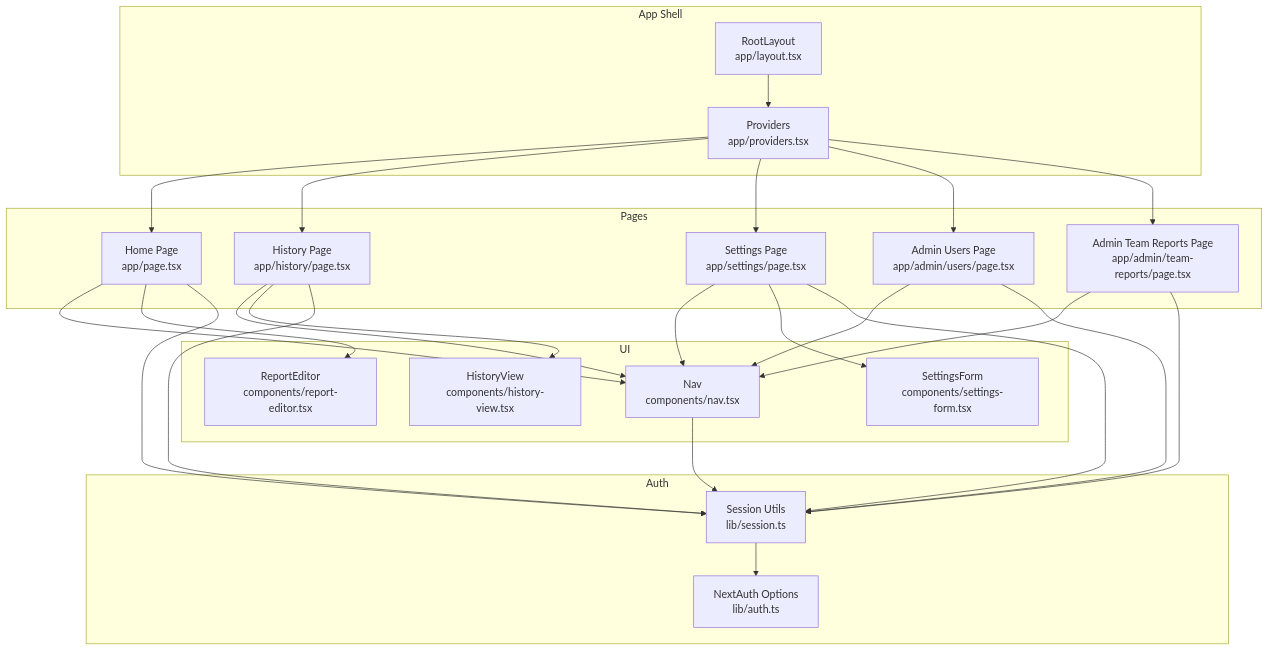
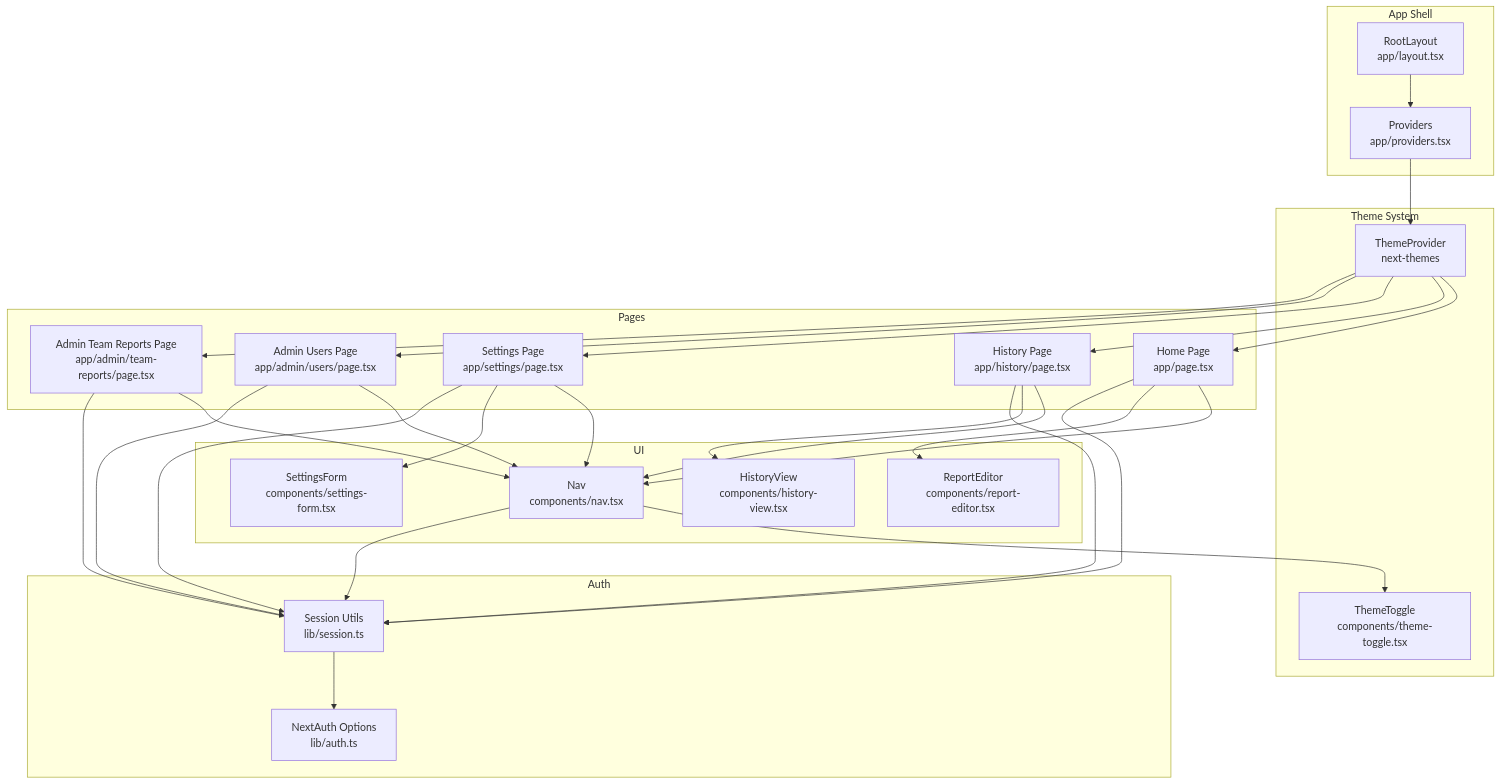
The first of 9 diagrams in .qoder/repowiki/en/content/Frontend Components/Navigation and UI Elements.md (jrj444/git-daily), drawn with Mermaid before and after one commit. The commit also changed other lines of this file and 4 other files, not shown here.

````diff
--- a/.qoder/repowiki/en/content/Frontend Components/Navigation and UI Elements.md
+++ b/.qoder/repowiki/en/content/Frontend Components/Navigation and UI Elements.md
@@ -48,45 +58,51 @@
 ```mermaid
 graph TB
 subgraph "App Shell"
 L["RootLayout<br/>app/layout.tsx"]
 P["Providers<br/>app/providers.tsx"]
+end
+subgraph "Theme System"
+TP["ThemeProvider<br/>next-themes"]
+TT["ThemeToggle<br/>components/theme-toggle.tsx"]
 end
 subgraph "Pages"
 H["Home Page<br/>app/page.tsx"]
 HI["History Page<br/>app/history/page.tsx"]
 S["Settings Page<br/>app/settings/page.tsx"]
 AU["Admin Users Page<br/>app/admin/users/page.tsx"]
 AT["Admin Team Reports Page<br/>app/admin/team-reports/page.tsx"]
 end
 subgraph "UI"
 N["Nav<br/>components/nav.tsx"]
 RE["ReportEditor<br/>components/report-editor.tsx"]
 HF["HistoryView<br/>components/history-view.tsx"]
 SF["SettingsForm<br/>components/settings-form.tsx"]
 end
 subgraph "Auth"
 AO["NextAuth Options<br/>lib/auth.ts"]
 SESS["Session Utils<br/>lib/session.ts"]
 end
 L --> P
-P --> H
-P --> HI
-P --> S
-P --> AU
-P --> AT
+P --> TP
+TP --> H
+TP --> HI
+TP --> S
+TP --> AU
+TP --> AT
 H --> N
 HI --> N
 S --> N
 AU --> N
 AT --> N
 H --> RE
 HI --> HF
 S --> SF
+N --> TT
 N --> SESS
 H --> SESS
 HI --> SESS
 S --> SESS
 AU --> SESS
 AT --> SESS
 SESS --> AO
 ```
````
